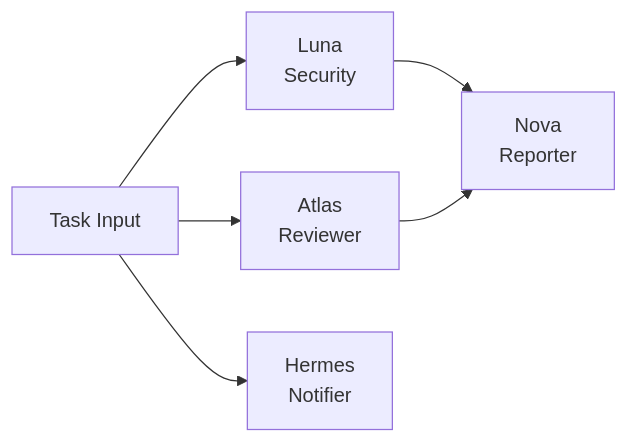
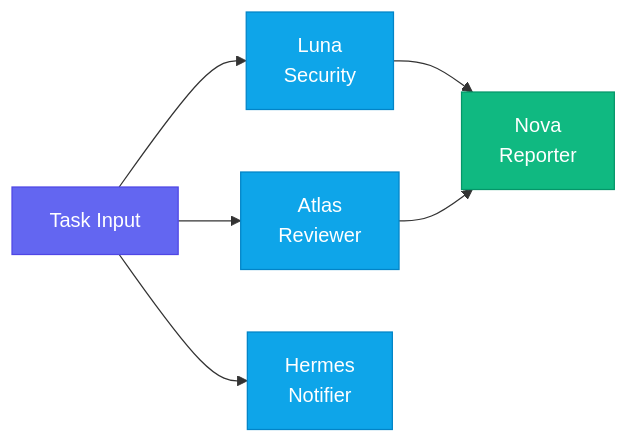
One commit to devjoaocastro/pulso changed the first of 2 diagrams in README.md. Above: the diagram before and after it, drawn with Mermaid. The commit also changed other lines of this file, not shown here.

Commit message:
Style Mermaid diagrams + fix downloads table

````diff
--- a/README.md
+++ b/README.md
@@ -121,8 +120,16 @@
 ```mermaid
 graph LR
     Input[Task Input] --> Luna[Luna<br/>Security]
     Input --> Atlas[Atlas<br/>Reviewer]
     Input --> Hermes[Hermes<br/>Notifier]
     Luna --> Nova[Nova<br/>Reporter]
     Atlas --> Nova
+
+    classDef input fill:#6366f1,stroke:#4f46e5,color:#fff
+    classDef agent fill:#0ea5e9,stroke:#0284c7,color:#fff
+    classDef output fill:#10b981,stroke:#059669,color:#fff
+
+    class Input input
+    class Luna,Atlas,Hermes agent
+    class Nova output
 ```
````
